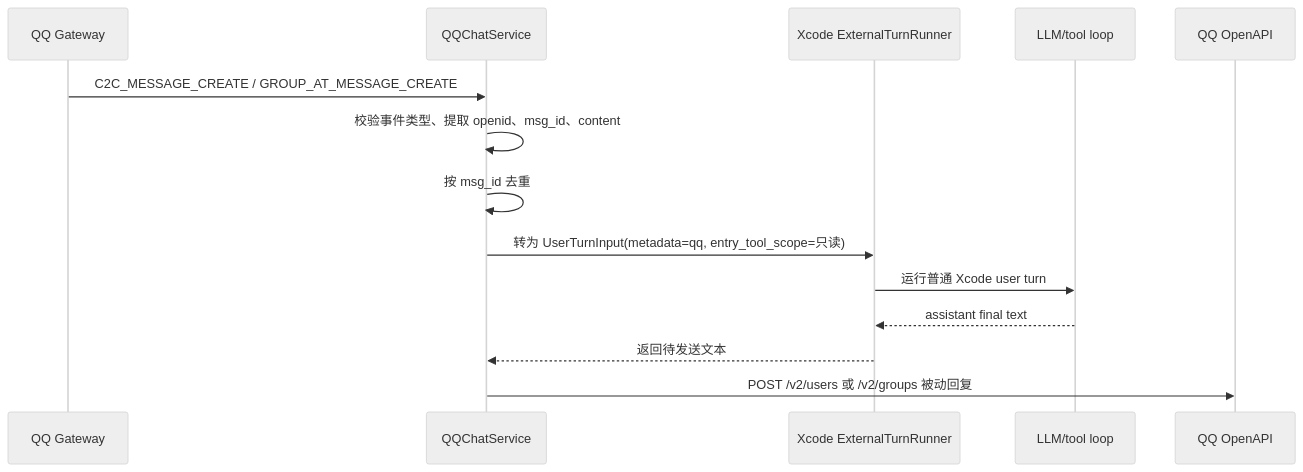
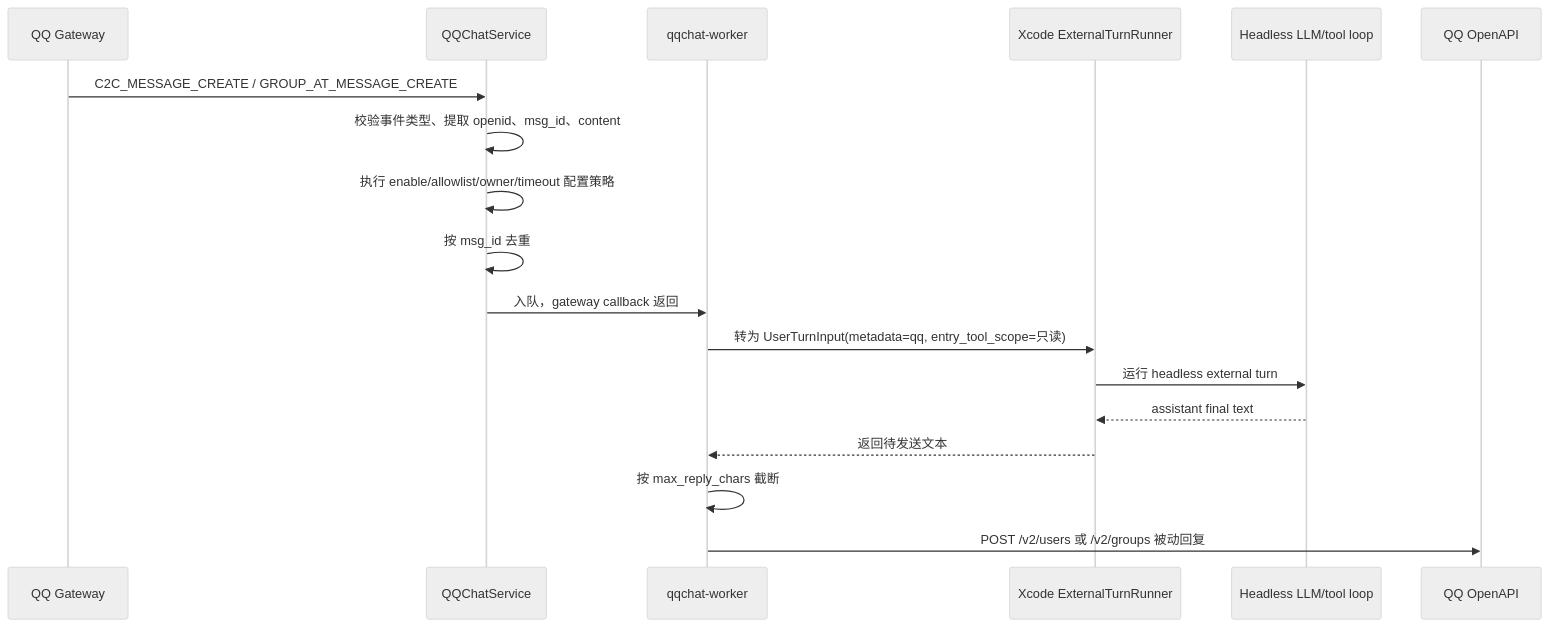
One commit to acofGDUT/Xcode changed the diagram in docs/reference/qq-bot-integration-guide.md. Above: the diagram before and after it, drawn with Mermaid (neutral theme). The commit also changed other lines of this file and 12 other files, not shown here.

````diff
--- a/docs/reference/qq-bot-integration-guide.md
+++ b/docs/reference/qq-bot-integration-guide.md
@@ -129,17 +129,21 @@
 ```mermaid
 sequenceDiagram
     participant QQ as QQ Gateway
     participant Bot as QQChatService
+    participant W as qqchat-worker
     participant X as Xcode ExternalTurnRunner
-    participant L as LLM/tool loop
+    participant L as Headless LLM/tool loop
     participant API as QQ OpenAPI
 
     QQ->>Bot: C2C_MESSAGE_CREATE / GROUP_AT_MESSAGE_CREATE
     Bot->>Bot: 校验事件类型、提取 openid、msg_id、content
+    Bot->>Bot: 执行 enable/allowlist/owner/timeout 配置策略
     Bot->>Bot: 按 msg_id 去重
-    Bot->>X: 转为 UserTurnInput(metadata=qq, entry_tool_scope=只读)
-    X->>L: 运行普通 Xcode user turn
+    Bot->>W: 入队，gateway callback 返回
+    W->>X: 转为 UserTurnInput(metadata=qq, entry_tool_scope=只读)
+    X->>L: 运行 headless external turn
     L-->>X: assistant final text
-    X-->>Bot: 返回待发送文本
-    Bot->>API: POST /v2/users 或 /v2/groups 被动回复
+    X-->>W: 返回待发送文本
+    W->>W: 按 max_reply_chars 截断
+    W->>API: POST /v2/users 或 /v2/groups 被动回复
 ```
````
